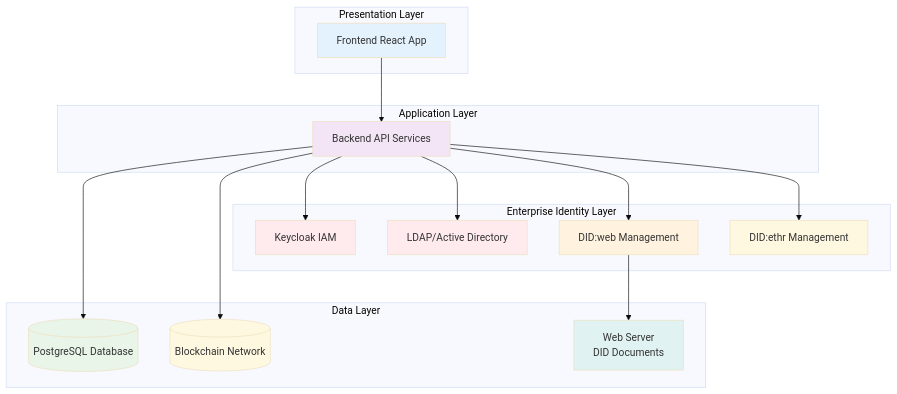
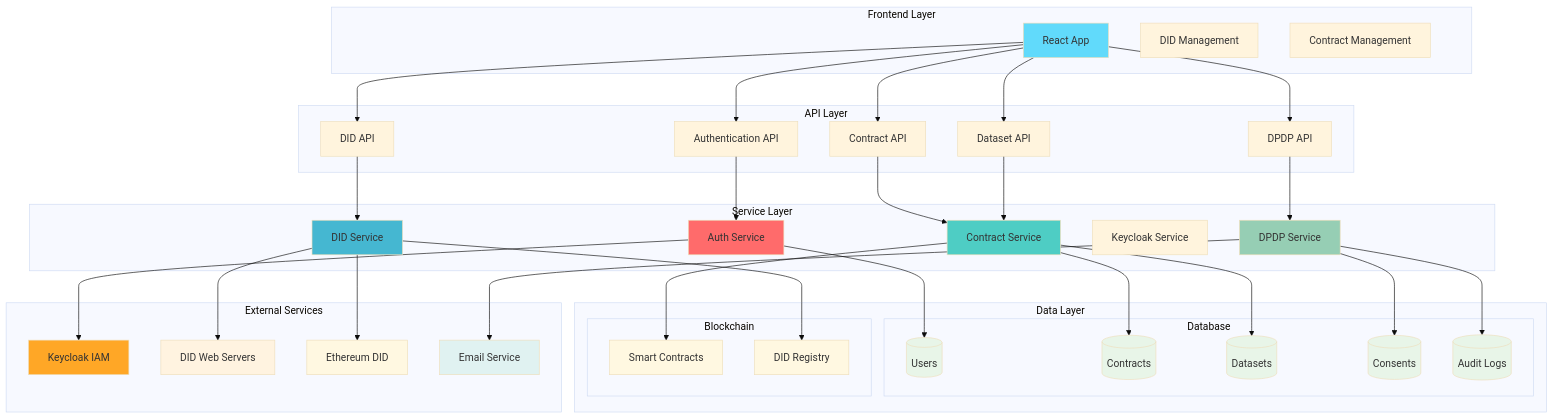
Before and after one commit to gitmujoshi/Confidential-AI-Network: the diagram in docs/MAIN_README.md, drawn with Mermaid (base theme). The commit also changed other lines of this file and 2 other files, not shown here.

Commit message:
Remove code snippets from documentation and replace with clear English descriptions

````diff
--- a/docs/MAIN_README.md
+++ b/docs/MAIN_README.md
@@ -61,42 +7,89 @@
 ```mermaid
 graph TB
-    subgraph "Presentation Layer"
-        FE[Frontend React App]
+    subgraph "Frontend Layer"
+        REACT[React App]
+        DID_UI[DID Management]
+        CONTRACT_UI[Contract Management]
     end
     
-    subgraph "Application Layer"
-        BE[Backend API Services]
+    subgraph "API Layer"
+        AUTH_API[Authentication API]
+        CONTRACT_API[Contract API]
+        DATASET_API[Dataset API]
+        DID_API[DID API]
+        DPDP_API[DPDP API]
     end
     
-    subgraph "Enterprise Identity Layer"
-        IAM[Keycloak IAM]
-        LDAP[LDAP/Active Directory]
-        DID_WEB[DID:web Management]
-        DID_ETHR[DID:ethr Management]
+    subgraph "Service Layer"
+        AUTH_SERVICE[Auth Service]
+        CONTRACT_SERVICE[Contract Service]
+        DID_SERVICE[DID Service]
+        KEYCLOAK_SERVICE[Keycloak Service]
+        DPDP_SERVICE[DPDP Service]
     end
     
     subgraph "Data Layer"
-        DB[(PostgreSQL Database)]
-        BC[(Blockchain Network)]
-        WEB_SERVER[Web Server<br/>DID Documents]
+        subgraph "Database"
+            USERS[(Users)]
+            CONTRACTS[(Contracts)]
+            DATASETS[(Datasets)]
+            CONSENTS[(Consents)]
+            AUDIT_LOGS[(Audit Logs)]
+        end
+        
+        subgraph "Blockchain"
+            SMART_CONTRACTS[Smart Contracts]
+            DID_REGISTRY[DID Registry]
+        end
     end
     
-    FE --> BE
-    BE --> IAM
-    BE --> LDAP
-    BE --> DID_WEB
-    BE --> DID_ETHR
-    BE --> DB
-    BE --> BC
-    DID_WEB --> WEB_SERVER
+    subgraph "External Services"
+        KEYCLOAK[Keycloak IAM]
+        DID_WEB[DID Web Servers]
+        DID_ETHR[Ethereum DID]
+        EMAIL[Email Service]
+    end
     
-    style FE fill:#e3f2fd
-    style BE fill:#f3e5f5
-    style IAM fill:#ffebee
-    style LDAP fill:#ffebee
+    REACT --> AUTH_API
+    REACT --> CONTRACT_API
+    REACT --> DATASET_API
+    REACT --> DID_API
+    REACT --> DPDP_API
+    
+    AUTH_API --> AUTH_SERVICE
+    CONTRACT_API --> CONTRACT_SERVICE
+    DATASET_API --> CONTRACT_SERVICE
+    DID_API --> DID_SERVICE
+    DPDP_API --> DPDP_SERVICE
+    
+    AUTH_SERVICE --> USERS
+    CONTRACT_SERVICE --> CONTRACTS
+    CONTRACT_SERVICE --> DATASETS
+    DID_SERVICE --> DID_REGISTRY
+    DPDP_SERVICE --> CONSENTS
+    DPDP_SERVICE --> AUDIT_LOGS
+    
+    AUTH_SERVICE --> KEYCLOAK
+    DID_SERVICE --> DID_WEB
+    DID_SERVICE --> DID_ETHR
+    DPDP_SERVICE --> EMAIL
+    
+    CONTRACT_SERVICE --> SMART_CONTRACTS
+    
+    style REACT fill:#61dafb
+    style AUTH_SERVICE fill:#ff6b6b
+    style CONTRACT_SERVICE fill:#4ecdc4
+    style DID_SERVICE fill:#45b7d1
+    style DPDP_SERVICE fill:#96ceb4
+    style KEYCLOAK fill:#ffa726
     style DID_WEB fill:#fff3e0
     style DID_ETHR fill:#fff8e1
-    style DB fill:#e8f5e8
-    style BC fill:#fff8e1
-    style WEB_SERVER fill:#e0f2f1
+    style USERS fill:#e8f5e8
+    style CONTRACTS fill:#e8f5e8
+    style DATASETS fill:#e8f5e8
+    style CONSENTS fill:#e8f5e8
+    style AUDIT_LOGS fill:#e8f5e8
+    style SMART_CONTRACTS fill:#fff8e1
+    style DID_REGISTRY fill:#fff8e1
+    style EMAIL fill:#e0f2f1
 ```
````
